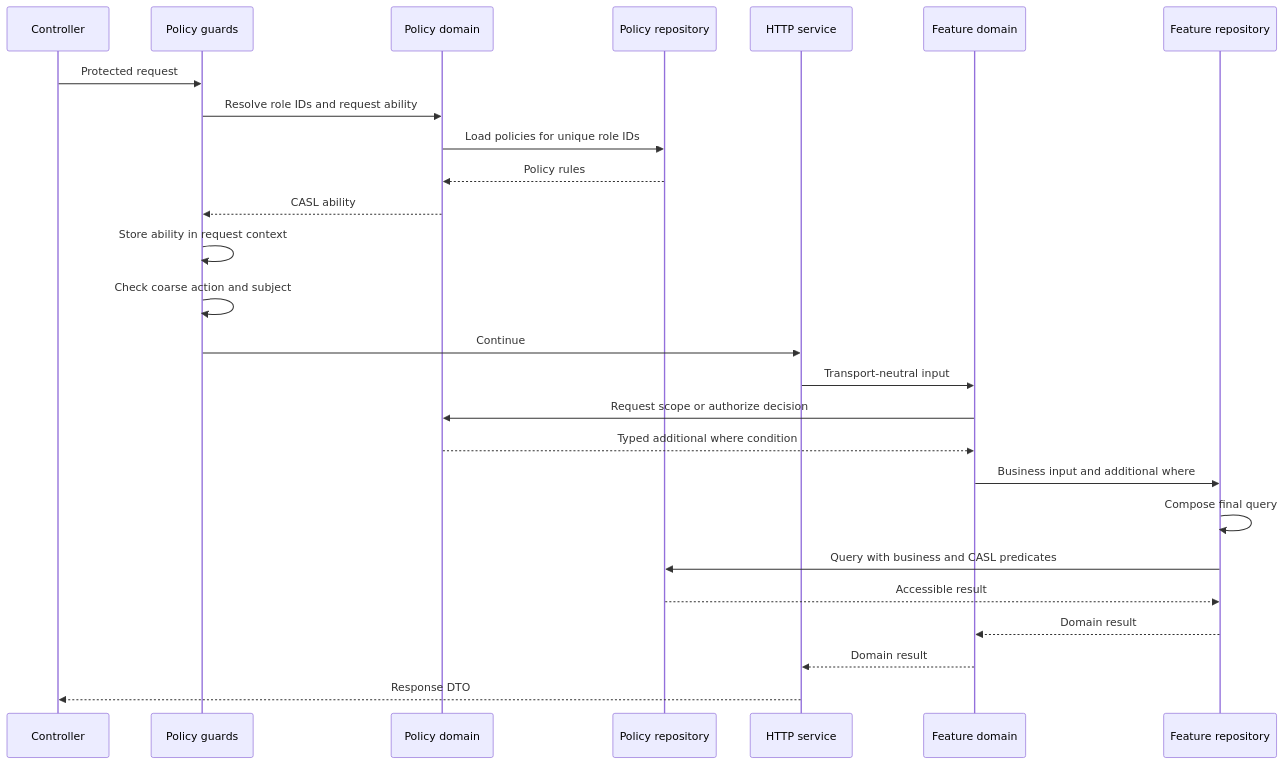
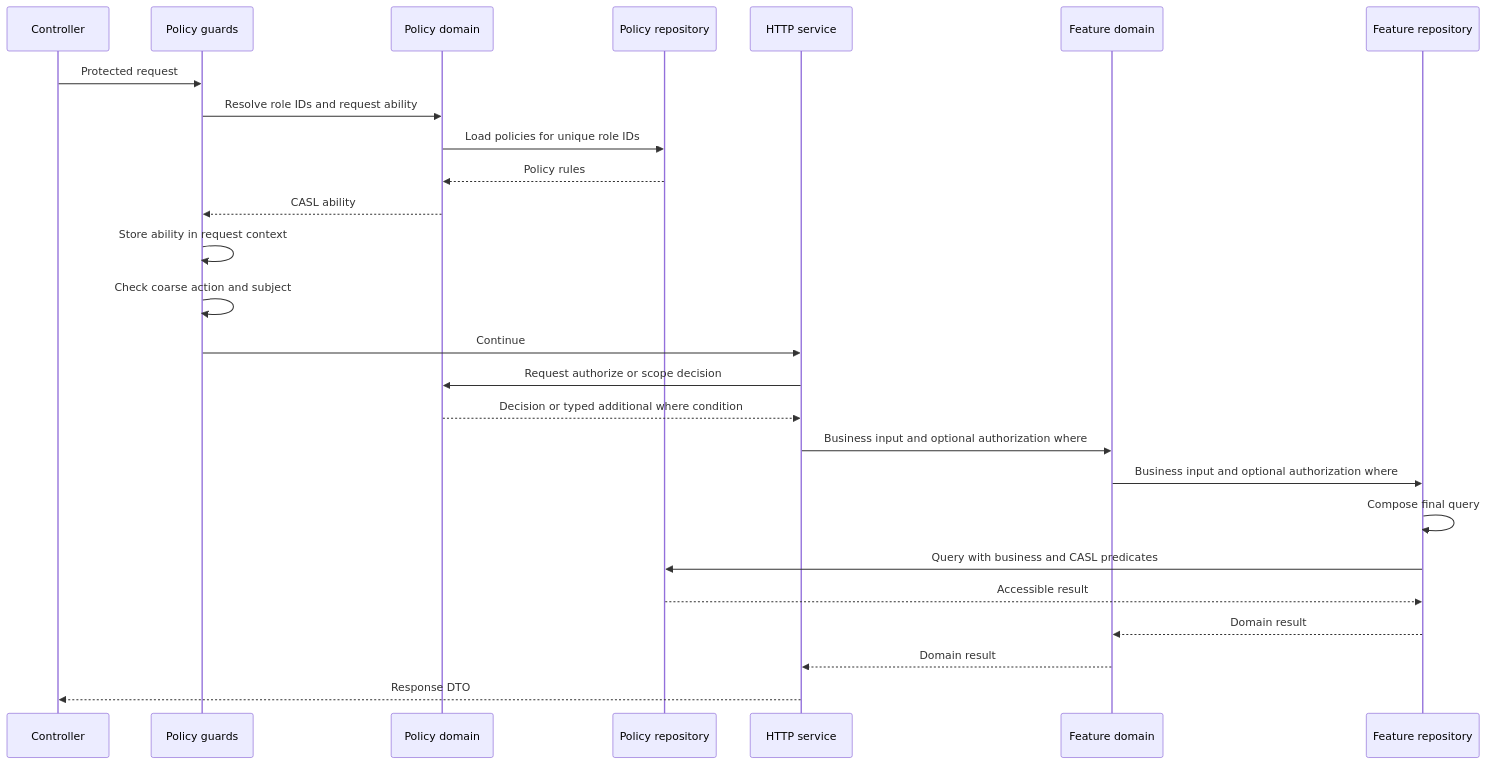
Before and after one commit to andrechristikan/ack-nestjs-boilerplate: the diagram in docs/features/casl-authorization-policy-spec.md, drawn with Mermaid. The commit also changed other lines of this file and 1 other file, not shown here.

````diff
--- a/docs/features/casl-authorization-policy-spec.md
+++ b/docs/features/casl-authorization-policy-spec.md
@@ -81,29 +82,29 @@
 ```mermaid
 sequenceDiagram
     participant C as Controller
     participant G as Policy guards
     participant PD as Policy domain
     participant DB as Policy repository
     participant H as HTTP service
     participant D as Feature domain
     participant R as Feature repository
 
     C->>G: Protected request
     G->>PD: Resolve role IDs and request ability
     PD->>DB: Load policies for unique role IDs
     DB-->>PD: Policy rules
     PD-->>G: CASL ability
     G->>G: Store ability in request context
     G->>G: Check coarse action and subject
     G->>H: Continue
-    H->>D: Transport-neutral input
-    D->>PD: Request scope or authorize decision
-    PD-->>D: Typed additional where condition
-    D->>R: Business input and additional where
+    H->>PD: Request authorize or scope decision
+    PD-->>H: Decision or typed additional where condition
+    H->>D: Business input and optional authorization where
+    D->>R: Business input and optional authorization where
     R->>R: Compose final query
     R->>DB: Query with business and CASL predicates
     DB-->>R: Accessible result
     R-->>D: Domain result
     D-->>H: Domain result
     H-->>C: Response DTO
 ```
````
